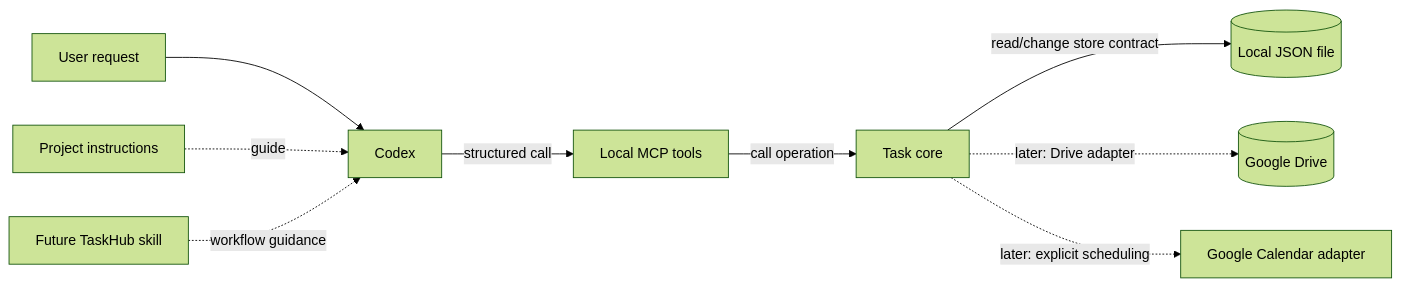
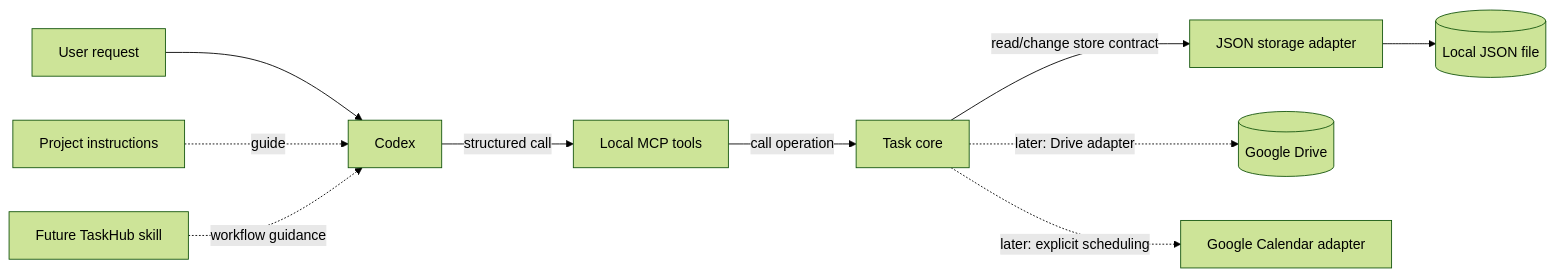
One commit to stacybro/Extending-Codex changed the diagram in docs/tutorials/01-understanding-codex-extensibility.md. Above: the diagram before and after it, drawn with Mermaid (forest theme). The commit also changed other lines of this file and 2 other files, not shown here.

````diff
--- a/docs/tutorials/01-understanding-codex-extensibility.md
+++ b/docs/tutorials/01-understanding-codex-extensibility.md
@@ -39,11 +39,12 @@
 ```mermaid
 flowchart LR
     U[User request] --> C[Codex]
     P[Project instructions] -. guide .-> C
     S[Future TaskHub skill] -. workflow guidance .-> C
     C -->|structured call| M[Local MCP tools]
     M -->|call operation| A[Task core]
-    A -->|read/change store contract| L[(Local JSON file)]
+    A -->|read/change store contract| J[JSON storage adapter]
+    J --> L[(Local JSON file)]
     A -. later: Drive adapter .-> D[(Google Drive)]
     A -. later: explicit scheduling .-> G[Google Calendar adapter]
 ```
````
